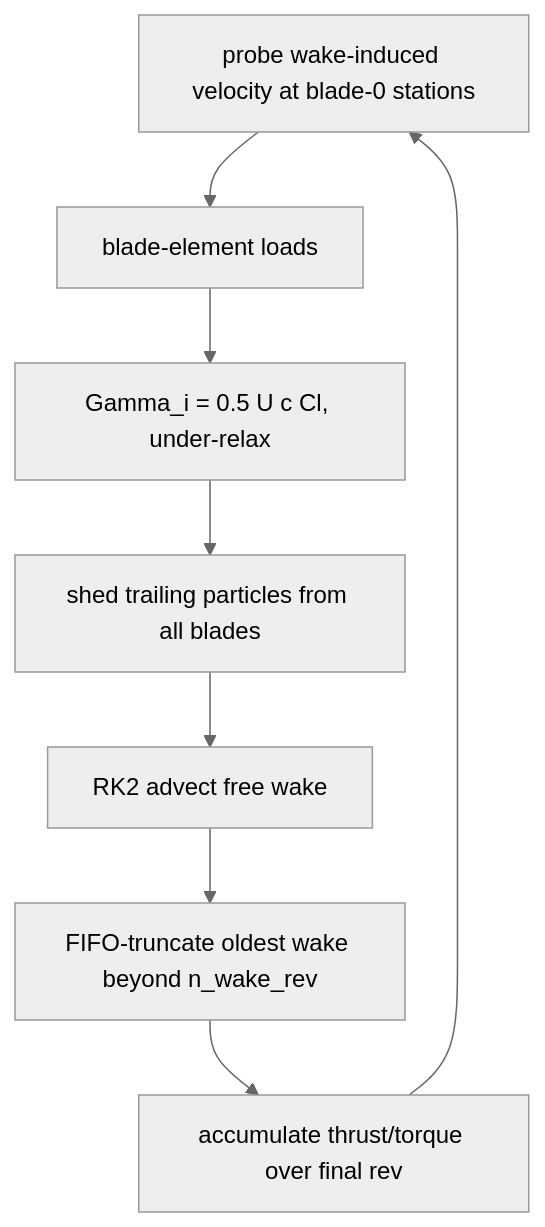
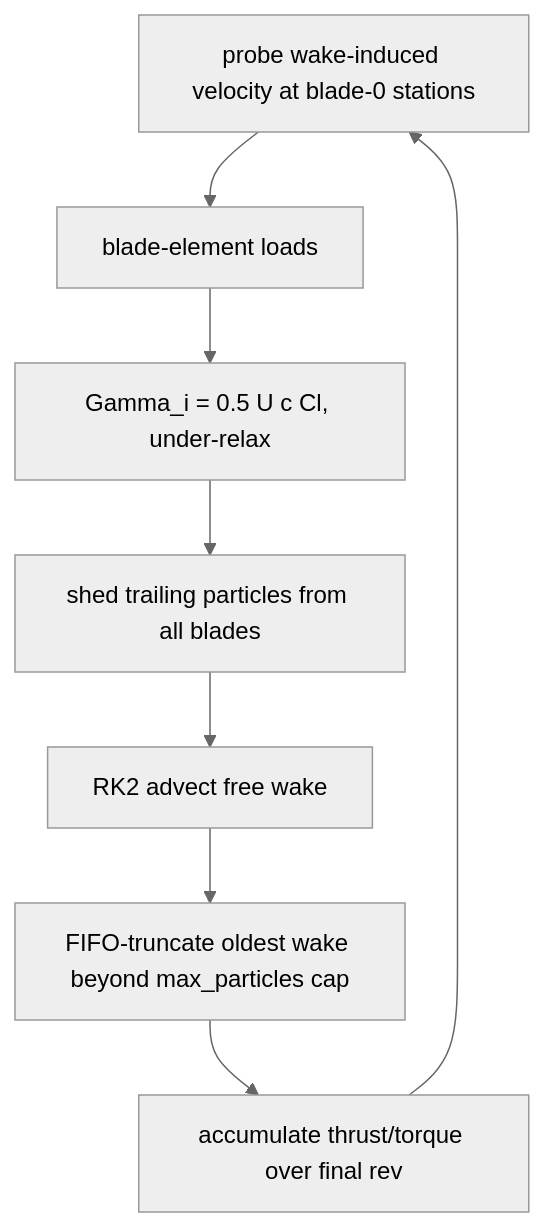
Before and after one commit to mcroomp/dynbem: the diagram in VPM_DESIGN.md, drawn with Mermaid (neutral theme). The commit also changed other lines of this file and 33 other files, not shown here.

````diff
--- a/VPM_DESIGN.md
+++ b/VPM_DESIGN.md
@@ -256,10 +256,10 @@
 ```mermaid
 flowchart TD
     A[probe wake-induced velocity at blade-0 stations] --> B[blade-element loads]
     B --> C[Gamma_i = 0.5 U c Cl, under-relax]
     C --> D[shed trailing particles from all blades]
     D --> E[RK2 advect free wake]
-    E --> F[FIFO-truncate oldest wake beyond n_wake_rev]
+    E --> F[FIFO-truncate oldest wake beyond max_particles cap]
     F --> G[accumulate thrust/torque over final rev]
     G --> A
 ```
````
